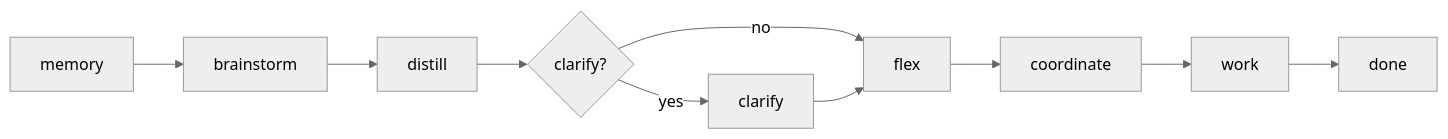
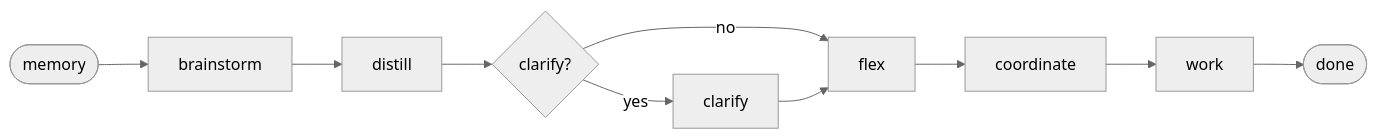
One commit to landjunge/gnom-hub-v1 changed the third of 4 diagrams in README.md. Above: the diagram before and after it, drawn with Mermaid (neutral theme). The commit also changed other lines of this file and 3 other files, not shown here.

First line of the commit message:
docs: deepen Mermaid syntax (state, sequence, classDef, guide)

````diff
--- a/README.md
+++ b/README.md
@@ -238,12 +272,12 @@
 ```mermaid
 flowchart LR
-  M[memory] --> B[brainstorm]
+  M([memory]) --> B[brainstorm]
   B --> D[distill]
   D --> C{clarify?}
   C -->|yes| CL[clarify]
   C -->|no| F[flex]
   CL --> F
   F --> CO[coordinate]
   CO --> W[work]
-  W --> DONE[done]
+  W --> DONE([done])
 ```
````
